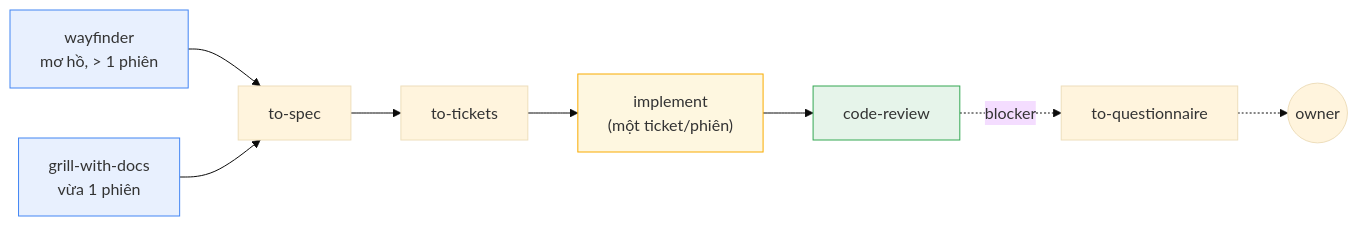
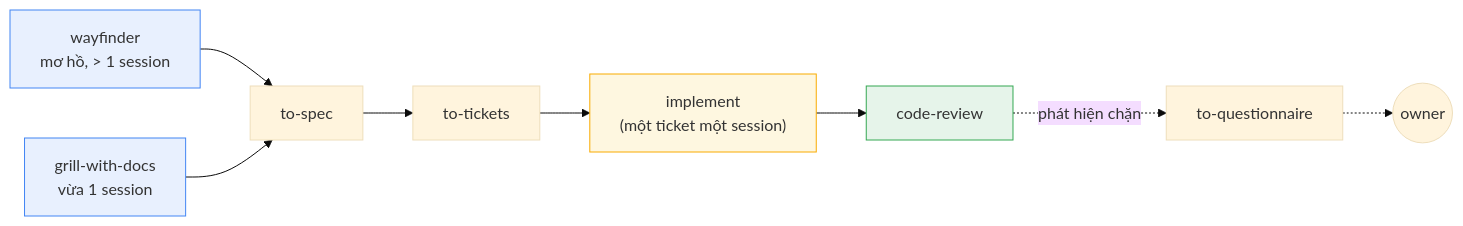
Before and after one commit to thientranhung/astragentic: the first of 3 diagrams in README.vn.md, drawn with Mermaid (base theme). The commit also changed other lines of this file and 7 other files, not shown here.

````diff
--- a/README.vn.md
+++ b/README.vn.md
@@ -55,14 +109,14 @@
 ```mermaid
 flowchart LR
-    A["wayfinder\nmơ hồ, > 1 phiên"] --> C[to-spec]
-    B["grill-with-docs\nvừa 1 phiên"] --> C
+    A["wayfinder\nmơ hồ, > 1 session"] --> C[to-spec]
+    B["grill-with-docs\nvừa 1 session"] --> C
     C --> D[to-tickets]
-    D --> E["implement\n(một ticket/phiên)"]
+    D --> E["implement\n(một ticket một session)"]
     E --> F["code-review"]
-    F -.->|blocker| Q[to-questionnaire] -.-> Owner((owner))
+    F -.->|phát hiện chặn| Q[to-questionnaire] -.-> Owner((owner))
 
     style A fill:#e8f0fe,stroke:#4285f4
     style B fill:#e8f0fe,stroke:#4285f4
     style E fill:#fef7e0,stroke:#f9ab00
     style F fill:#e6f4ea,stroke:#34a853
 ```
````
